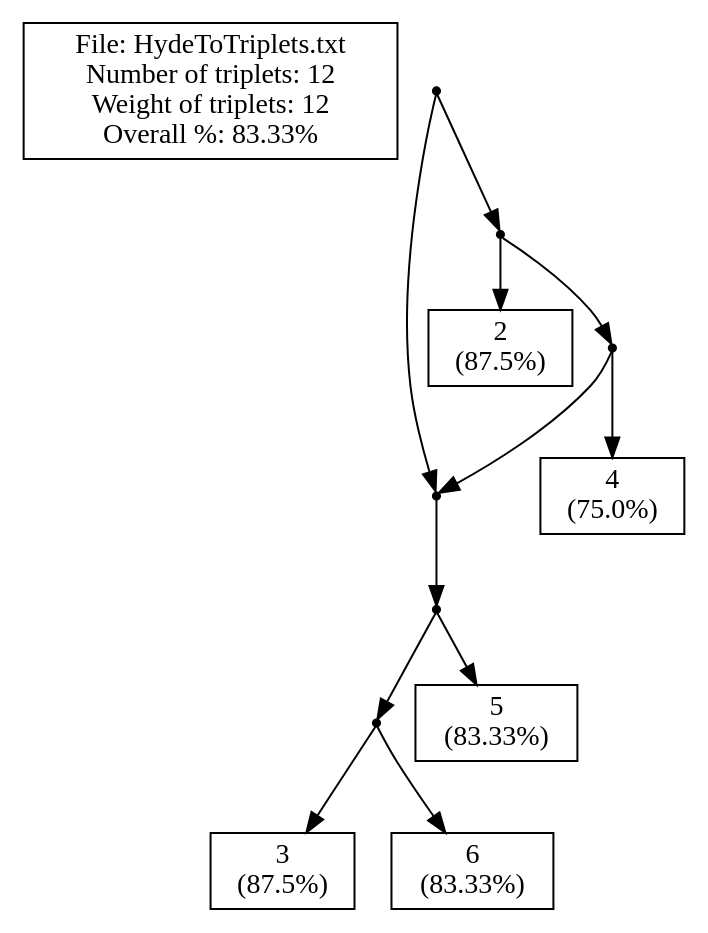
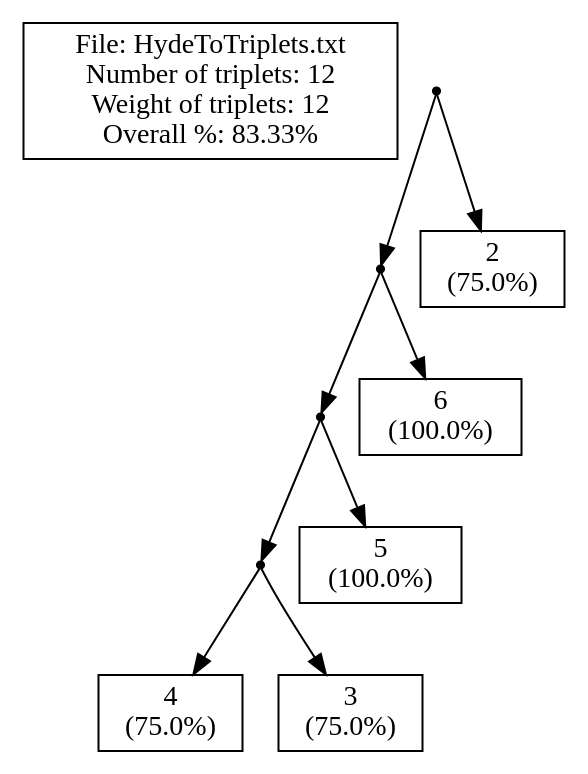
One commit to solislemuslab/phylo-knit changed the diagram in New/Server/cExample1_m.dot. Above: the diagram before and after it, drawn with Graphviz. The commit also changed 6 other files, not shown here.

```diff
--- a/New/Server/cExample1_m.dot
+++ b/New/Server/cExample1_m.dot
@@ -1,54 +1,44 @@
 // LEV1ATHAN Version 1.0, 21 september 2009
 // COMMENT: Pre-processing the input file to count the leaves
 // COMMENT: Pre-processing showed that there are 5 leaves in the input.
 // SUMMARY: Input had 5 leaves.
 // USER-SETTING: Will *not* post-process output to collapse edges.
 // COMMENT: Triplet set is already dense.
 // SUMMARY: There are 12 triplets in the input.
 // SUMMARY: Total weight of input triplets is 12.
 // SUMMARY: (Before post-processing)
 // SUMMARY: We got 10 units of triplet weight, that's 83.33% of total weight.
 // SUMMARY: In total 2 units of triplet weight were -not- consistent with the ouput network.
-// SUMMARY: Output network contained 3 triplets -not- in the original input.
-// SUMMARY: The symmetric difference is thus 2 + (1 * 3) = 5
+// SUMMARY: Output network contained 0 triplets -not- in the original input.
+// SUMMARY: The symmetric difference is thus 2 + (1 * 0) = 3
 // SUMMARY: (After post-processing)
 strict digraph G1 {
 edge [fontsize=8]
 labelbox [shape=box, width=0.4, label="File: HydeToTriplets.txt\nNumber of triplets: 12\nWeight of triplets: 12\nOverall %: 83.33%"];
 internal1000 [shape=point];
 internal1001 [shape=point];
 internal1002 [shape=point];
 internal1003 [shape=point];
-3 [shape=box, width=0.3, label="3\n(87.5%)"];
-6 [shape=box, width=0.3, label="6\n(83.33%)"];
-5 [shape=box, width=0.3, label="5\n(83.33%)"];
-internal1007 [shape=point];
-2 [shape=box, width=0.3, label="2\n(87.5%)"];
-internal1009 [shape=point];
 4 [shape=box, width=0.3, label="4\n(75.0%)"];
+3 [shape=box, width=0.3, label="3\n(75.0%)"];
+5 [shape=box, width=0.3, label="5\n(100.0%)"];
+6 [shape=box, width=0.3, label="6\n(100.0%)"];
+2 [shape=box, width=0.3, label="2\n(75.0%)"];
 internal1000 -> internal1001
-internal1000 -> internal1007
+internal1000 -> 2
 internal1001 -> internal1002
+internal1001 -> 6
 internal1002 -> internal1003
 internal1002 -> 5
+internal1003 -> 4
 internal1003 -> 3
-internal1003 -> 6
-internal1007 -> 2
-internal1007 -> internal1009
-internal1009 -> 4
-internal1009 -> internal1001
-internal1001 -> internal1002
-internal1002 -> internal1003
-internal1002 -> 5
-internal1003 -> 3
-internal1003 -> 6
 }
-// SUMMARY: eNewick output: ((((3,6),5))#H1,(2,(4,#H1)));
+// SUMMARY: eNewick output: ((((4,3),5),6),2);
 // SUMMARY: In total 2 units of triplet weight were -not- consistent with the ouput network.
-// SUMMARY: Output network contained 3 triplets -not- in the original input.
+// SUMMARY: Output network contained 0 triplets -not- in the original input.
 // SUMMARY: Weight of missing triplets before contraction minus weight of missing triplets afterwards: 0
 // SUMMARY: Number of surplus triplets before contraction minus number of surplus triplets afterwards: 0
 // CONCLUSION: After post-processing we got 10 units of triplet weight, that's 83.33% of total weight (before post-processing this was 83.33%).
-// CONCLUSION: After post-processing the symmetric difference is thus 2 + (1 * 3) = 5 (before post-processing this was 5)
+// CONCLUSION: After post-processing the symmetric difference is thus 2 + (1 * 0) = 2 (before post-processing this was 2)
 // STAT: PERCENTAGE = 83.33
-// STAT: NETWORK-TRIPLET SD = 5
+// STAT: NETWORK-TRIPLET SD = 3
```
